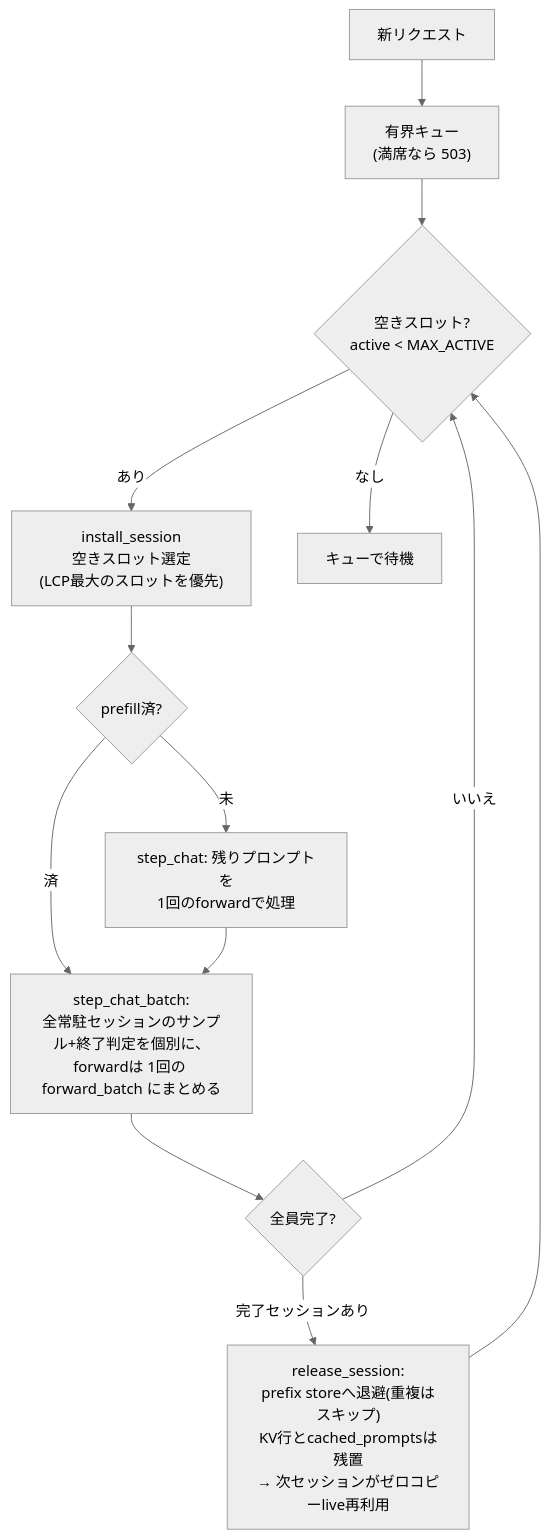
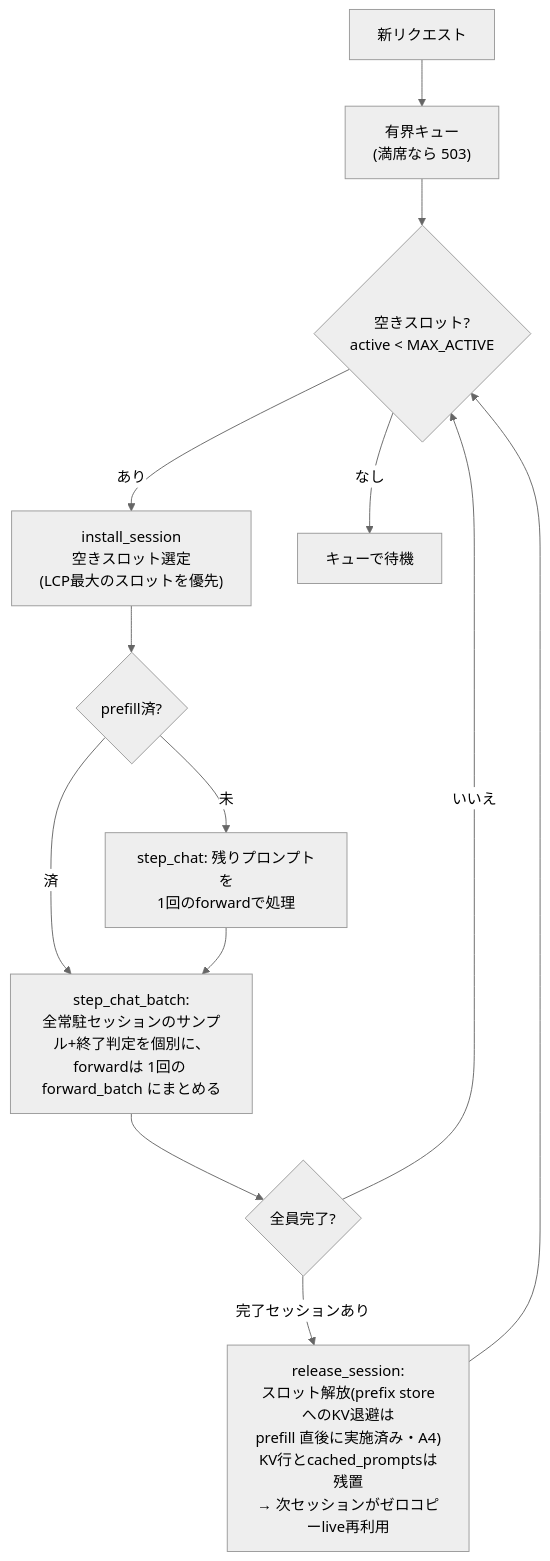
Before and after one commit to ahinore/denno-beta: the third of 10 diagrams in docs/ARCHITECTURE.ja.md, drawn with Mermaid (neutral theme). The commit also changed other lines of this file and 8 other files, not shown here.

Commit message:
a4: prefix cache GDN state snapshot (KV+GDN状態ペア復元・退避を release→prefill 直後に変更・best_full_match のみ復元で部分一致/同一prompt は full prefill フォールバック・状態バイトを LRU 重みにトークン換算計上・テスト +13 lib 147・docs 12.4/§3 PC+TR/§6.1 REL/A4 節 ja+en)

````diff
--- a/docs/ARCHITECTURE.ja.md
+++ b/docs/ARCHITECTURE.ja.md
@@ -230,15 +230,15 @@
 ```mermaid
 flowchart TB
     REQ["新リクエスト"] --> Q["有界キュー<br/>(満席なら 503)"]
     Q --> W{"空きスロット?<br/>active < MAX_ACTIVE"}
     W -->|あり| ADM["install_session<br/>空きスロット選定<br/>(LCP最大のスロットを優先)"]
     W -->|なし| WAIT["キューで待機"]
     ADM --> PRE{"prefill済?"}
     PRE -->|未| PF["step_chat: 残りプロンプトを<br/>1回のforwardで処理"]
     PRE -->|済| DEC
     PF --> DEC["step_chat_batch:<br/>全常駐セッションのサンプル+終了判定を個別に、<br/>forwardは 1回の forward_batch にまとめる"]
     DEC --> DONE{"全員完了?"}
     DONE -->|いいえ| W
-    DONE -->|完了セッションあり| REL["release_session:<br/>prefix storeへ退避(重複はスキップ)<br/>KV行とcached_promptsは残置<br/>→ 次セッションがゼロコピーlive再利用"]
+    DONE -->|完了セッションあり| REL["release_session:<br/>スロット解放(prefix storeへのKV退避は<br/>prefill 直後に実施済み・A4)<br/>KV行とcached_promptsは残置<br/>→ 次セッションがゼロコピーlive再利用"]
     REL --> W
 ```
````
